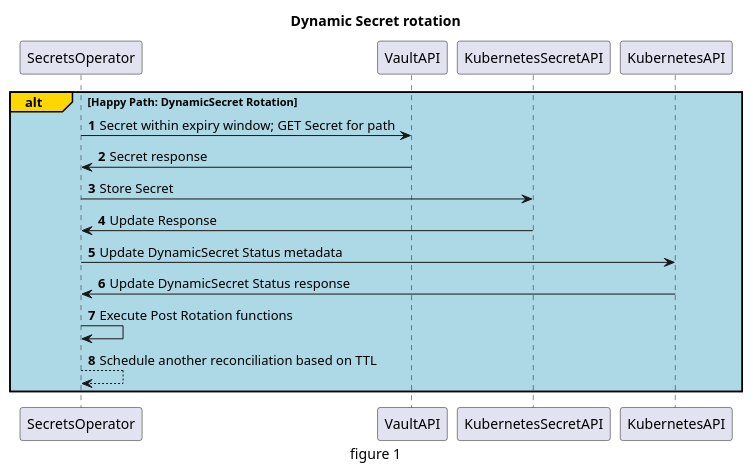
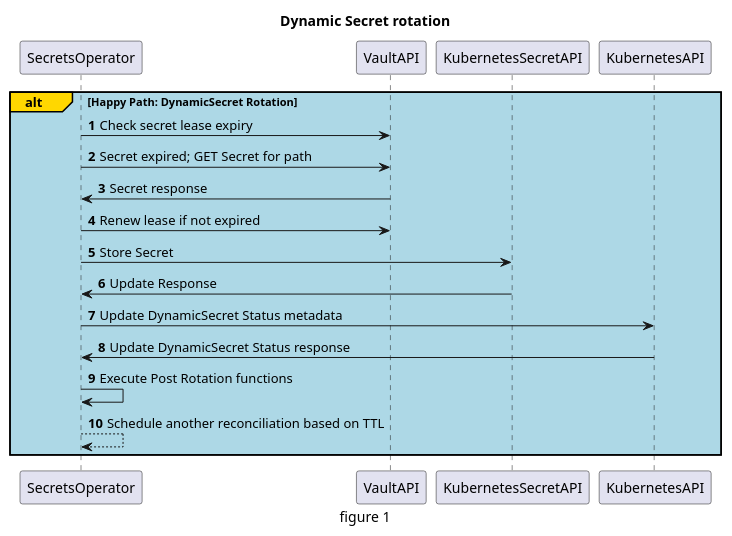
One commit to hashicorp/vault-secrets-operator changed the third of 3 diagrams in docs/diags/sync-rotation.puml. Above: the diagram before and after it, drawn with PlantUML. The commit also changed 92 other files, not shown here.

```diff
--- a/docs/diags/sync-rotation.puml
+++ b/docs/diags/sync-rotation.puml
@@ -37,15 +37,17 @@
 @startuml
 title Dynamic Secret rotation
 autonumber
 alt#Gold #LightBlue Happy Path: DynamicSecret Rotation
-    SecretsOperator -> VaultAPI : Secret within expiry window; GET Secret for path
+    SecretsOperator -> VaultAPI : Check secret lease expiry
+    SecretsOperator -> VaultAPI : Secret expired; GET Secret for path
     VaultAPI -> SecretsOperator : Secret response
+    SecretsOperator -> VaultAPI : Renew lease if not expired
     SecretsOperator -> KubernetesSecretAPI : Store Secret
     KubernetesSecretAPI -> SecretsOperator : Update Response
     SecretsOperator -> KubernetesAPI : Update DynamicSecret Status metadata
     KubernetesAPI -> SecretsOperator : Update DynamicSecret Status response
     SecretsOperator -> SecretsOperator : Execute Post Rotation functions
     return Schedule another reconciliation based on TTL
 end
 caption figure 1
 @enduml
```
